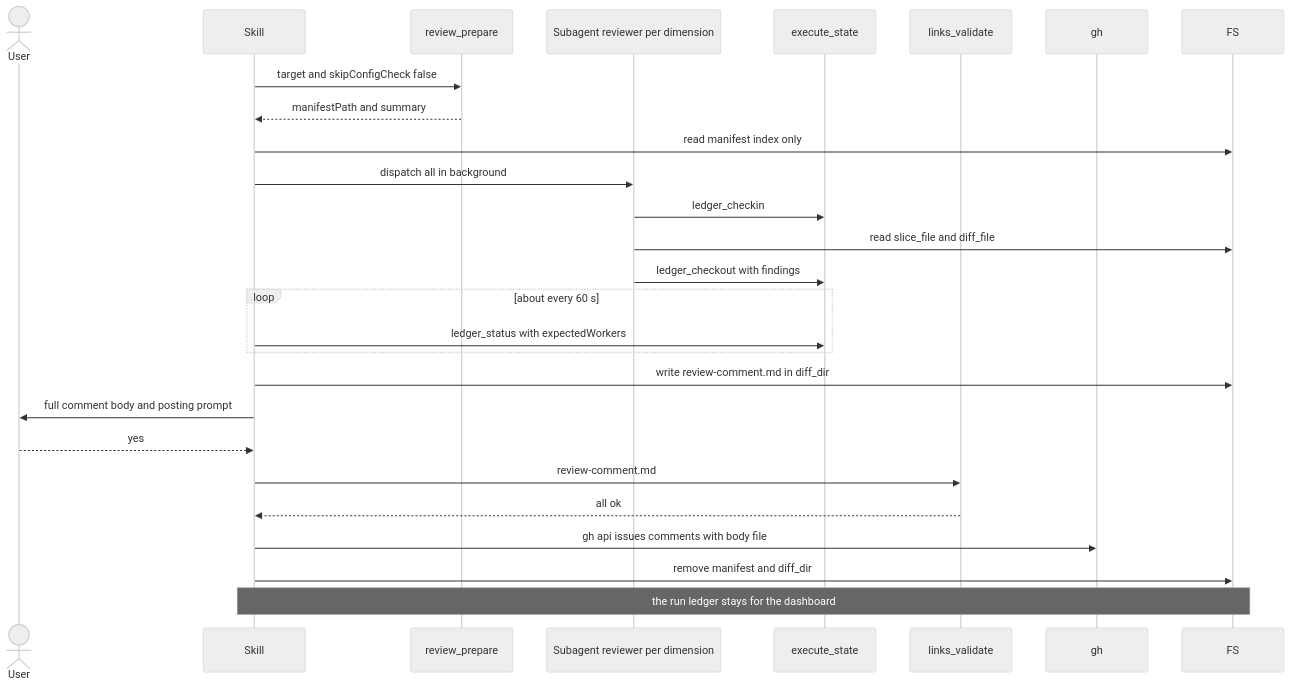
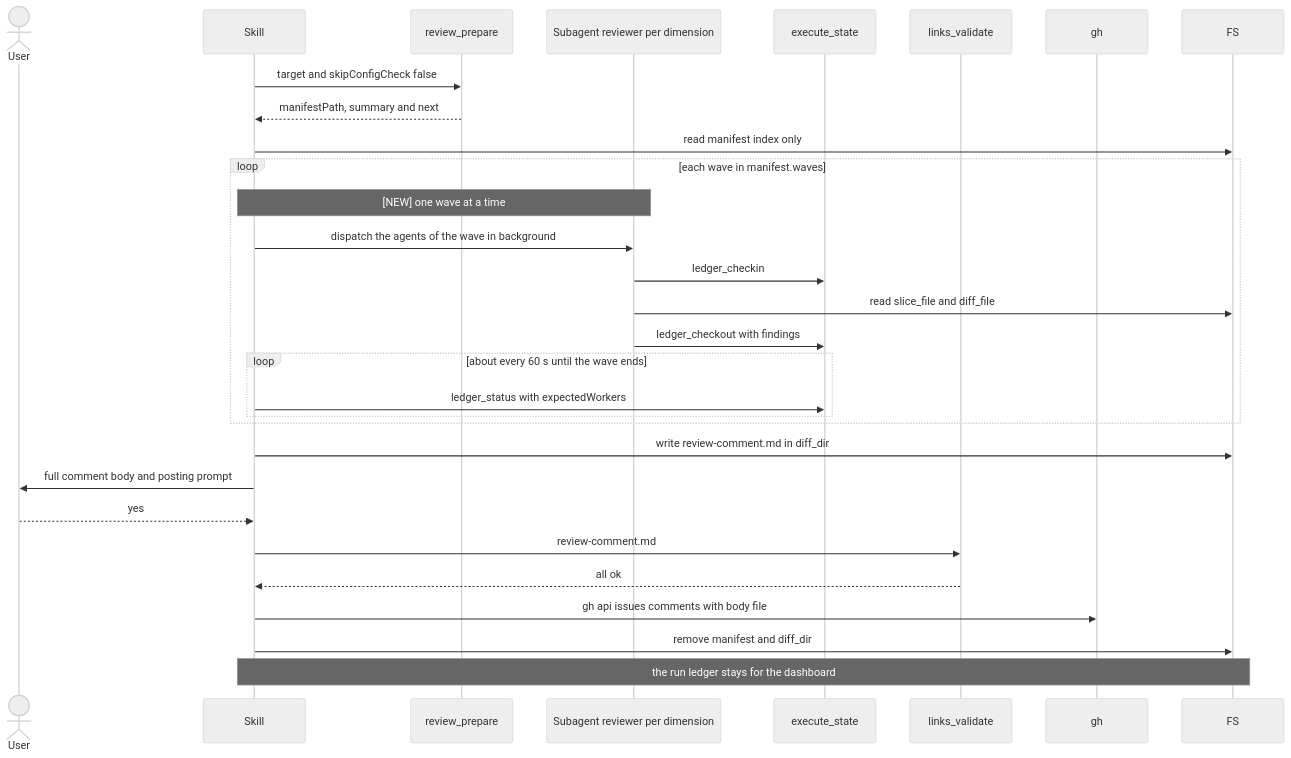
Before and after one commit to rnagrodzki/sdlc-plugin: the diagram in openspec/specs/skill-review/spec.md, drawn with Mermaid (neutral theme). The commit also changed other lines of this file and 70 other files, not shown here.

````diff
--- a/openspec/specs/skill-review/spec.md
+++ b/openspec/specs/skill-review/spec.md
@@ -129,29 +138,32 @@
 ```mermaid
 sequenceDiagram
     actor User
     participant Skill
     participant RP as review_prepare
     participant R as Subagent reviewer per dimension
     participant ES as execute_state
     participant LV as links_validate
     participant gh
     participant FS
     Skill->>RP: target and skipConfigCheck false
-    RP-->>Skill: manifestPath and summary
+    RP-->>Skill: manifestPath, summary and next
     Skill->>FS: read manifest index only
-    Skill->>R: dispatch all in background
-    R->>ES: ledger_checkin
-    R->>FS: read slice_file and diff_file
-    R->>ES: ledger_checkout with findings
-    loop about every 60 s
-        Skill->>ES: ledger_status with expectedWorkers
+    loop each wave in manifest.waves
+        Note over Skill,R: [NEW] one wave at a time
+        Skill->>R: dispatch the agents of the wave in background
+        R->>ES: ledger_checkin
+        R->>FS: read slice_file and diff_file
+        R->>ES: ledger_checkout with findings
+        loop about every 60 s until the wave ends
+            Skill->>ES: ledger_status with expectedWorkers
+        end
     end
     Skill->>FS: write review-comment.md in diff_dir
     Skill->>User: full comment body and posting prompt
     User-->>Skill: yes
     Skill->>LV: review-comment.md
     LV-->>Skill: all ok
     Skill->>gh: gh api issues comments with body file
     Skill->>FS: remove manifest and diff_dir
     Note over Skill,FS: the run ledger stays for the dashboard
 ```
````
